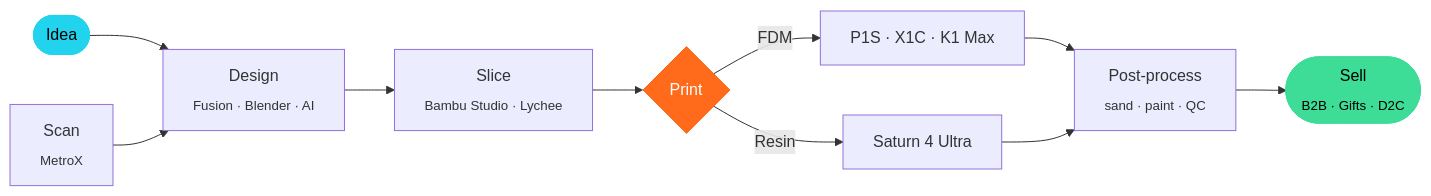
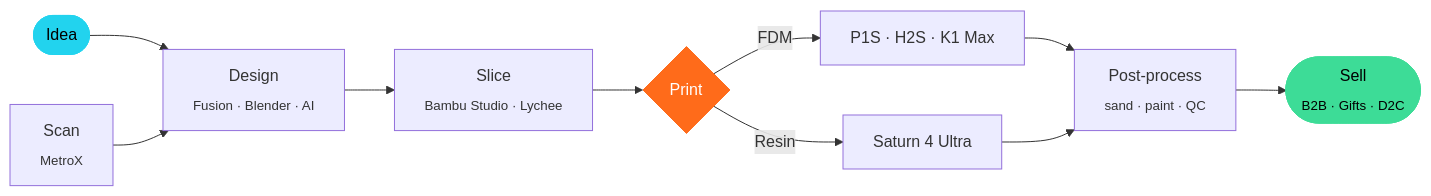
Before and after one commit to srikumar1987/3D: the second of 4 diagrams in README.md, drawn with Mermaid. The commit also changed other lines of this file and 14 other files, not shown here.

````diff
--- a/README.md
+++ b/README.md
@@ -33,15 +47,15 @@
 ```mermaid
 flowchart LR
     I([Idea]) --> D[Design<br/><sub>Fusion · Blender · AI</sub>]
     S0[Scan<br/><sub>MetroX</sub>] --> D
     D --> SL[Slice<br/><sub>Bambu Studio · Lychee</sub>]
     SL --> P{Print}
-    P -->|FDM| F[P1S · X1C · K1 Max]
+    P -->|FDM| F[P1S · H2S · K1 Max]
     P -->|Resin| R[Saturn 4 Ultra]
     F --> PP[Post-process<br/><sub>sand · paint · QC</sub>]
     R --> PP
     PP --> SELL([Sell<br/><sub>B2B · Gifts · D2C</sub>])
     style I fill:#22D3EE,stroke:#22D3EE,color:#000
     style P fill:#FF6B1A,stroke:#FF6B1A,color:#fff
     style SELL fill:#3DDC97,stroke:#3DDC97,color:#000
 ```
````
